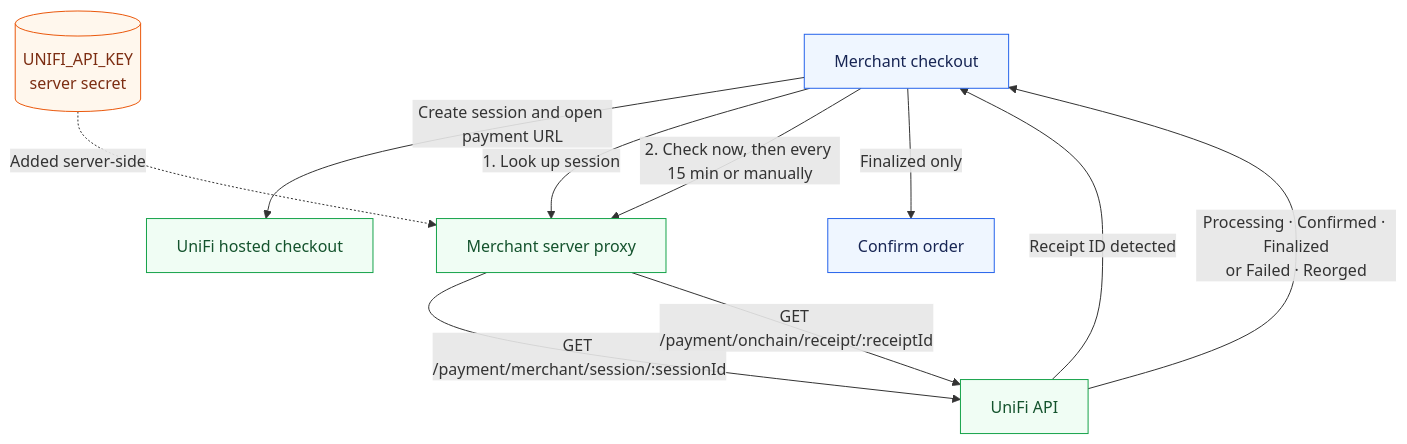
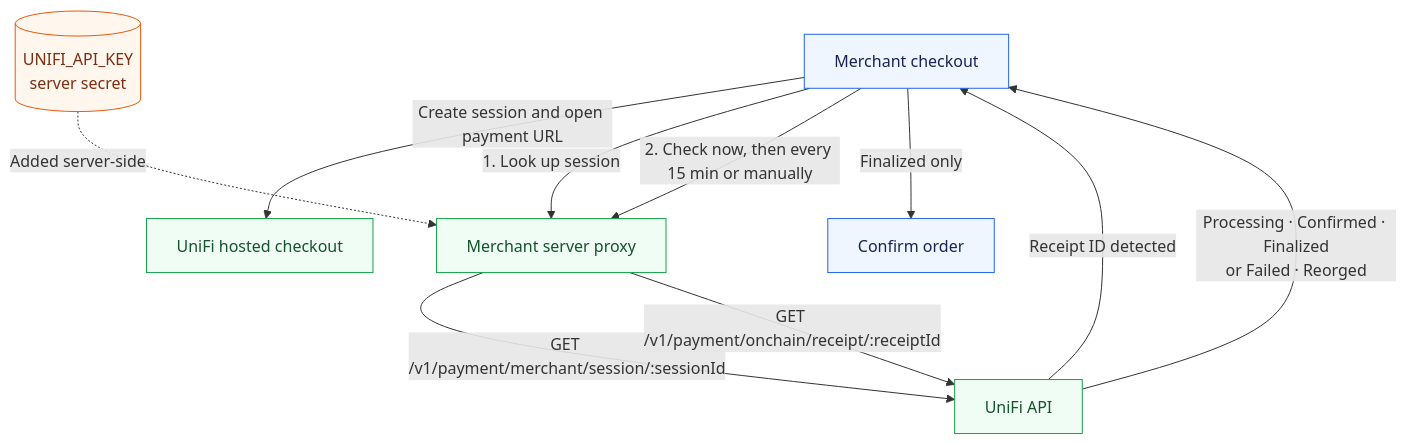
Before and after one commit to abhi3700/unifi-pay-widget: the diagram in README.md, drawn with Mermaid. The commit also changed 5 other files, not shown here.

````diff
--- a/README.md
+++ b/README.md
@@ -69,19 +69,19 @@
 ```mermaid
 flowchart TD
     Browser["Merchant checkout"] -->|"Create session and open payment URL"| Checkout["UniFi hosted checkout"]
     Browser -->|"1. Look up session"| Proxy["Merchant server proxy"]
     Secret[("UNIFI_API_KEY<br/>server secret")] -.->|"Added server-side"| Proxy
-    Proxy -->|"GET /payment/merchant/session/:sessionId"| UniFi["UniFi API"]
+    Proxy -->|"GET /v1/payment/merchant/session/:sessionId"| UniFi["UniFi API"]
     UniFi -->|"Receipt ID detected"| Browser
     Browser -->|"2. Check now, then every 15 min or manually"| Proxy
-    Proxy -->|"GET /payment/onchain/receipt/:receiptId"| UniFi
+    Proxy -->|"GET /v1/payment/onchain/receipt/:receiptId"| UniFi
     UniFi -->|"Processing · Confirmed · Finalized<br/>or Failed · Reorged"| Browser
     Browser -->|"Finalized only"| Order["Confirm order"]
 
     classDef browser fill:#eff6ff,stroke:#2563eb,color:#172554
     classDef server fill:#f0fdf4,stroke:#16a34a,color:#14532d
     classDef secret fill:#fff7ed,stroke:#ea580c,color:#7c2d12
     class Browser,Order browser
     class Proxy,UniFi,Checkout server
     class Secret secret
 ```
````
